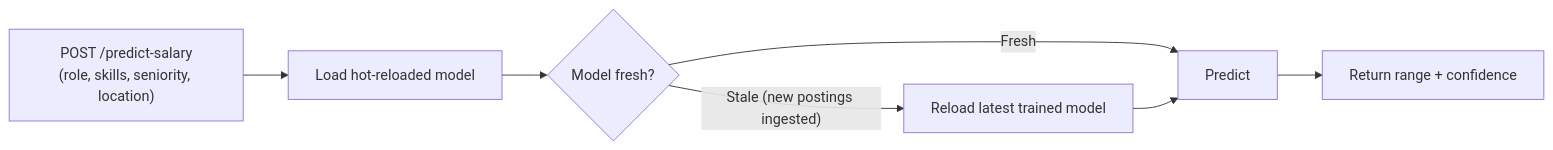
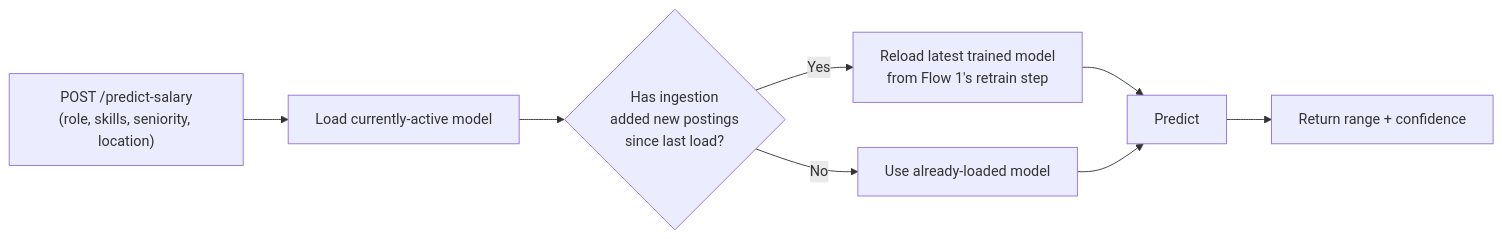
Before and after one commit to DharmiSapariya/NextSkill: the fifth of 7 diagrams in README.md, drawn with Mermaid. The commit also changed other lines of this file, not shown here.

Commit message:
docs: remove TOC, add flow-by-flow diagrams and explanations

````diff
--- a/README.md
+++ b/README.md
@@ -204,9 +181,10 @@
 ```mermaid
 flowchart LR
-    A["POST /predict-salary<br/>(role, skills, seniority, location)"] --> B["Load hot-reloaded model"]
-    B --> C{"Model fresh?"}
-    C -- "Stale (new postings ingested)" --> D["Reload latest trained model"]
-    C -- Fresh --> E["Predict"]
-    D --> E
-    E --> F["Return range + confidence"]
+    A["POST /predict-salary<br/>(role, skills, seniority, location)"] --> B["Load currently-active model"]
+    B --> C{"Has ingestion<br/>added new postings<br/>since last load?"}
+    C -- Yes --> D["Reload latest trained model<br/>from Flow 1's retrain step"]
+    C -- No --> E["Use already-loaded model"]
+    D --> F["Predict"]
+    E --> F
+    F --> G["Return range + confidence"]
 ```
````
